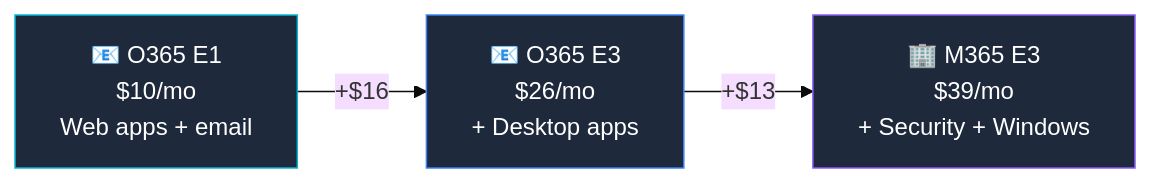
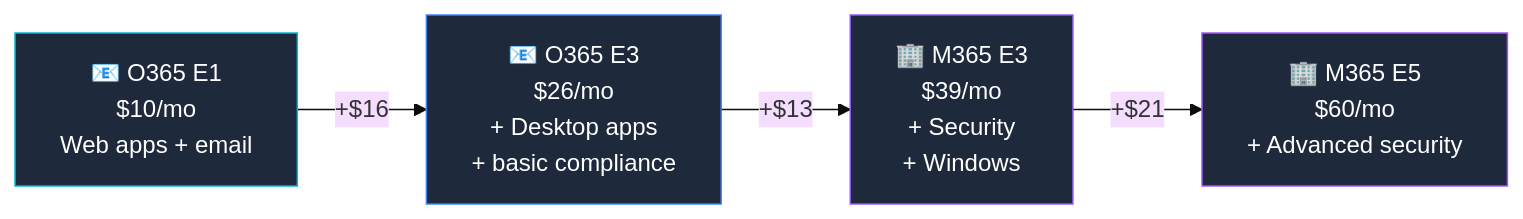
Before and after one commit to susanthgit/aguidetocloud-revamp: the diagram in content/licensing/office-365-e1.md, drawn with Mermaid (base theme). The commit also changed other lines of this file and 9 other files, not shown here.

````diff
--- a/content/licensing/office-365-e1.md
+++ b/content/licensing/office-365-e1.md
@@ -35,11 +81,14 @@
 ```mermaid
 flowchart LR
     E1["📧 O365 E1\n$10/mo\nWeb apps + email"]
-    E3["📧 O365 E3\n$26/mo\n+ Desktop apps"]
-    M3["🏢 M365 E3\n$39/mo\n+ Security + Windows"]
+    E3["📧 O365 E3\n$26/mo\n+ Desktop apps\n+ basic compliance"]
+    M3["🏢 M365 E3\n$39/mo\n+ Security\n+ Windows"]
+    M5["🏢 M365 E5\n$60/mo\n+ Advanced security"]
     E1 -->|"+$16"| E3
     E3 -->|"+$13"| M3
+    M3 -->|"+$21"| M5
     style E1 fill:#1e293b,stroke:#06b6d4,color:#ffffff
     style E3 fill:#1e293b,stroke:#3b82f6,color:#ffffff
     style M3 fill:#1e293b,stroke:#8b5cf6,color:#ffffff
+    style M5 fill:#1e293b,stroke:#a855f7,color:#ffffff
 ```
````
